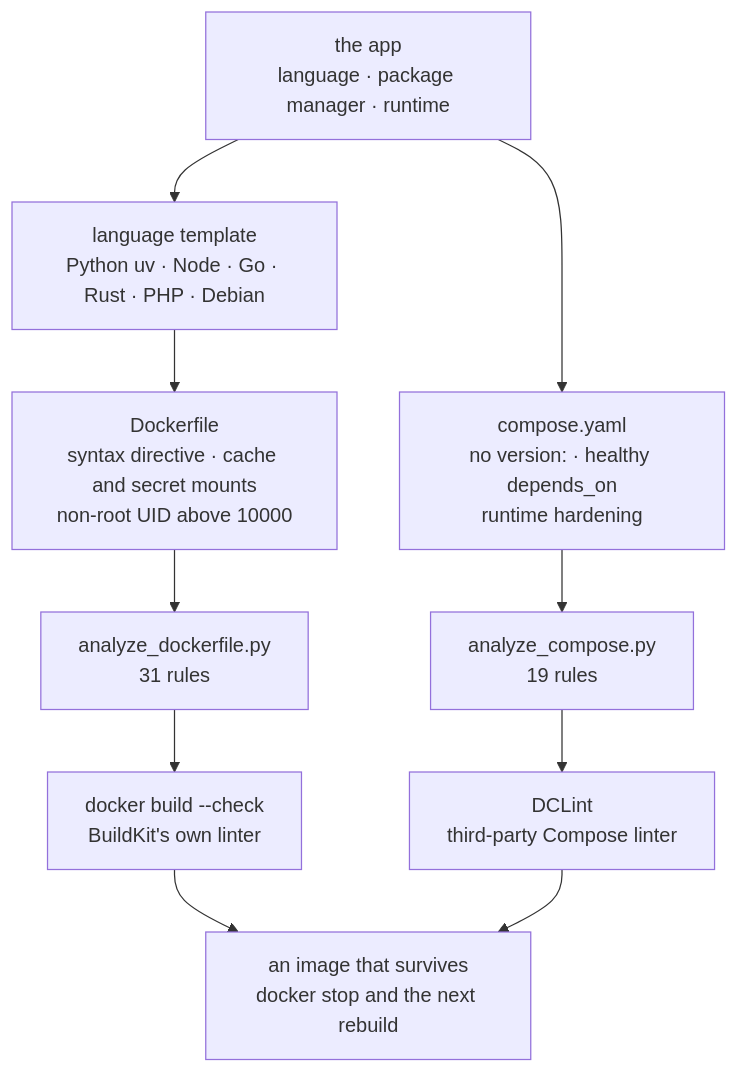
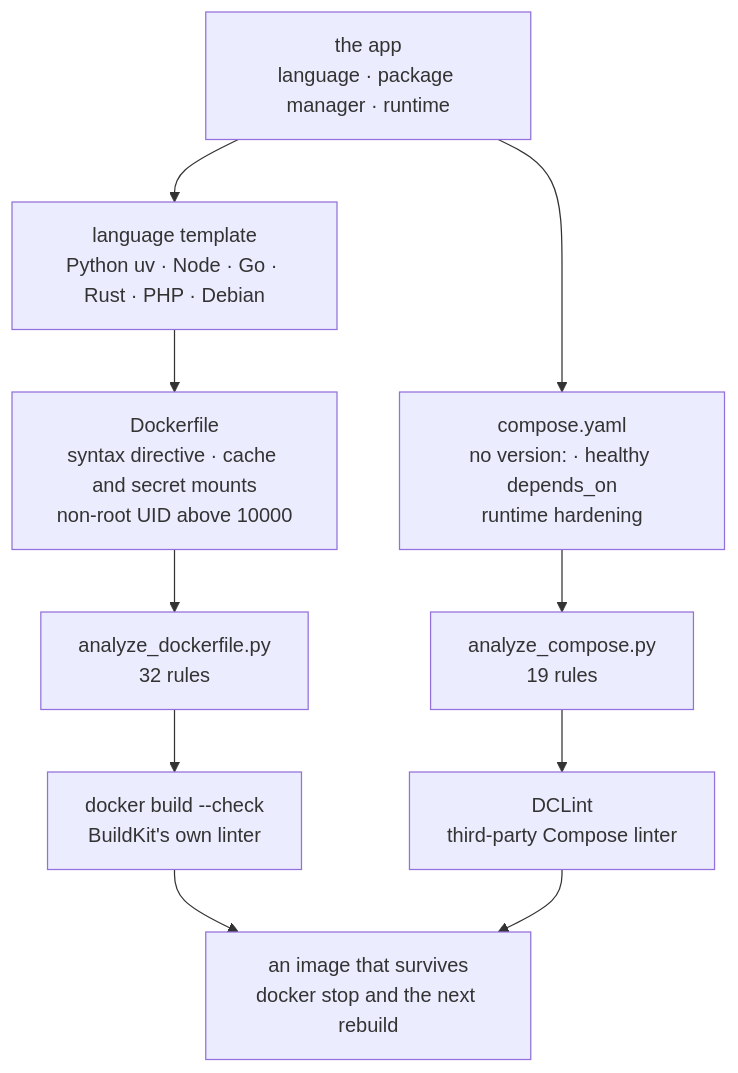
The diagram in skills/dockerfile-best-practices/README.md (obeone/claude-skills), drawn with Mermaid before and after one commit. The commit also changed other lines of this file and 3 other files, not shown here.

````diff
--- a/skills/dockerfile-best-practices/README.md
+++ b/skills/dockerfile-best-practices/README.md
@@ -171,17 +174,17 @@
 ```mermaid
 flowchart TB
     APP["the app<br/>language · package manager · runtime"]
 
     APP --> TPL["language template<br/>Python uv · Node · Go · Rust · PHP · Debian"]
     TPL --> DF["Dockerfile<br/>syntax directive · cache and secret mounts<br/>non-root UID above 10000"]
     APP --> CF["compose.yaml<br/>no version: · healthy depends_on<br/>runtime hardening"]
 
-    DF --> AN1["analyze_dockerfile.py<br/>31 rules"]
+    DF --> AN1["analyze_dockerfile.py<br/>32 rules"]
     CF --> AN2["analyze_compose.py<br/>19 rules"]
 
     AN1 --> BC["docker build --check<br/>BuildKit's own linter"]
     AN2 --> DC["DCLint<br/>third-party Compose linter"]
 
     BC --> OUT["an image that survives<br/>docker stop and the next rebuild"]
     DC --> OUT
 ```
````
